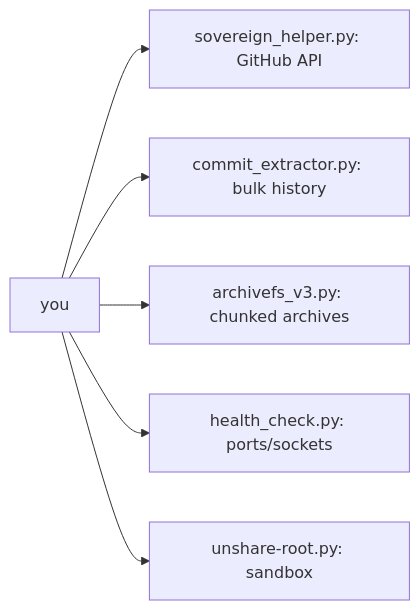
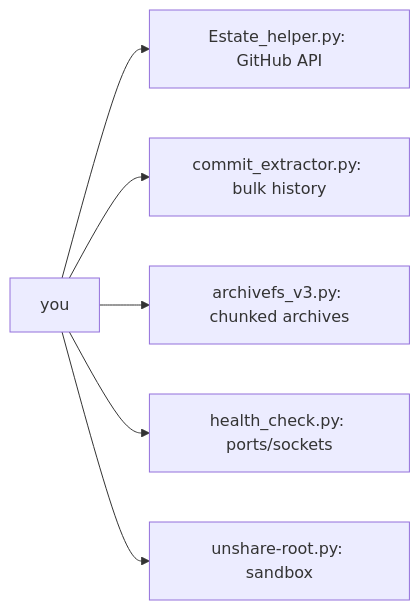
Before and after one commit to toxicwind/estate: the diagram in salvage/origin-main-20261002/estate-scripts/README.md, drawn with Mermaid. The commit also changed other lines of this file and 407 other files, not shown here.

Commit message:
rename: purge 'sovereign' -> 'estate' (content, deep depth). Rename live daemons estate-exporter/estate-stream-broker; fix exporter run line to existing estate-exporter.py; ports.env -> ESTATE_* keys

````diff
--- a/salvage/origin-main-20261002/estate-scripts/README.md
+++ b/salvage/origin-main-20261002/estate-scripts/README.md
@@ -20,8 +20,8 @@
 ```mermaid
 flowchart LR
-    YOU[you] --> SH[sovereign_helper.py: GitHub API]
+    YOU[you] --> SH[Estate_helper.py: GitHub API]
     YOU --> CE[commit_extractor.py: bulk history]
     YOU --> AR[archivefs_v3.py: chunked archives]
     YOU --> HC[health_check.py: ports/sockets]
     YOU --> SB[unshare-root.py: sandbox]
 ```
````
